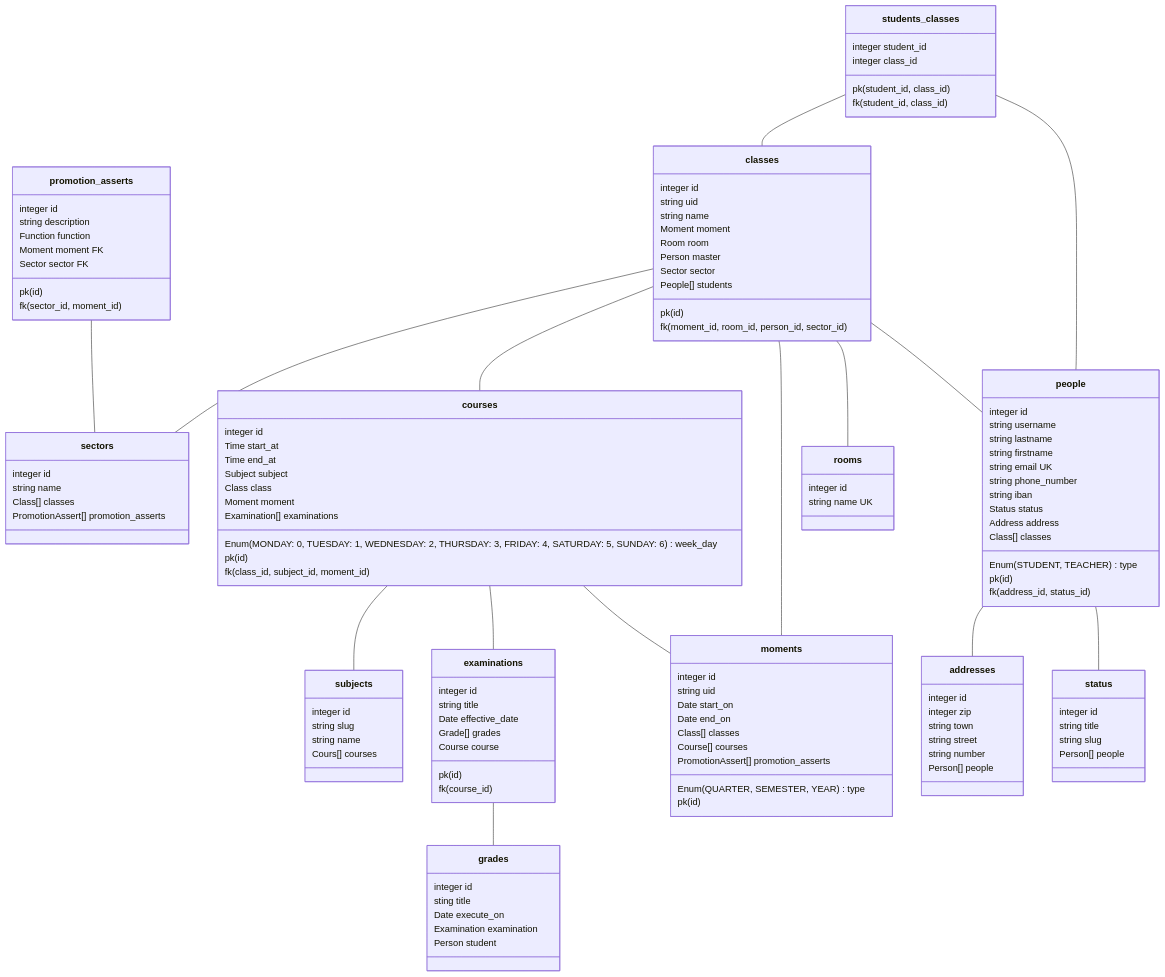
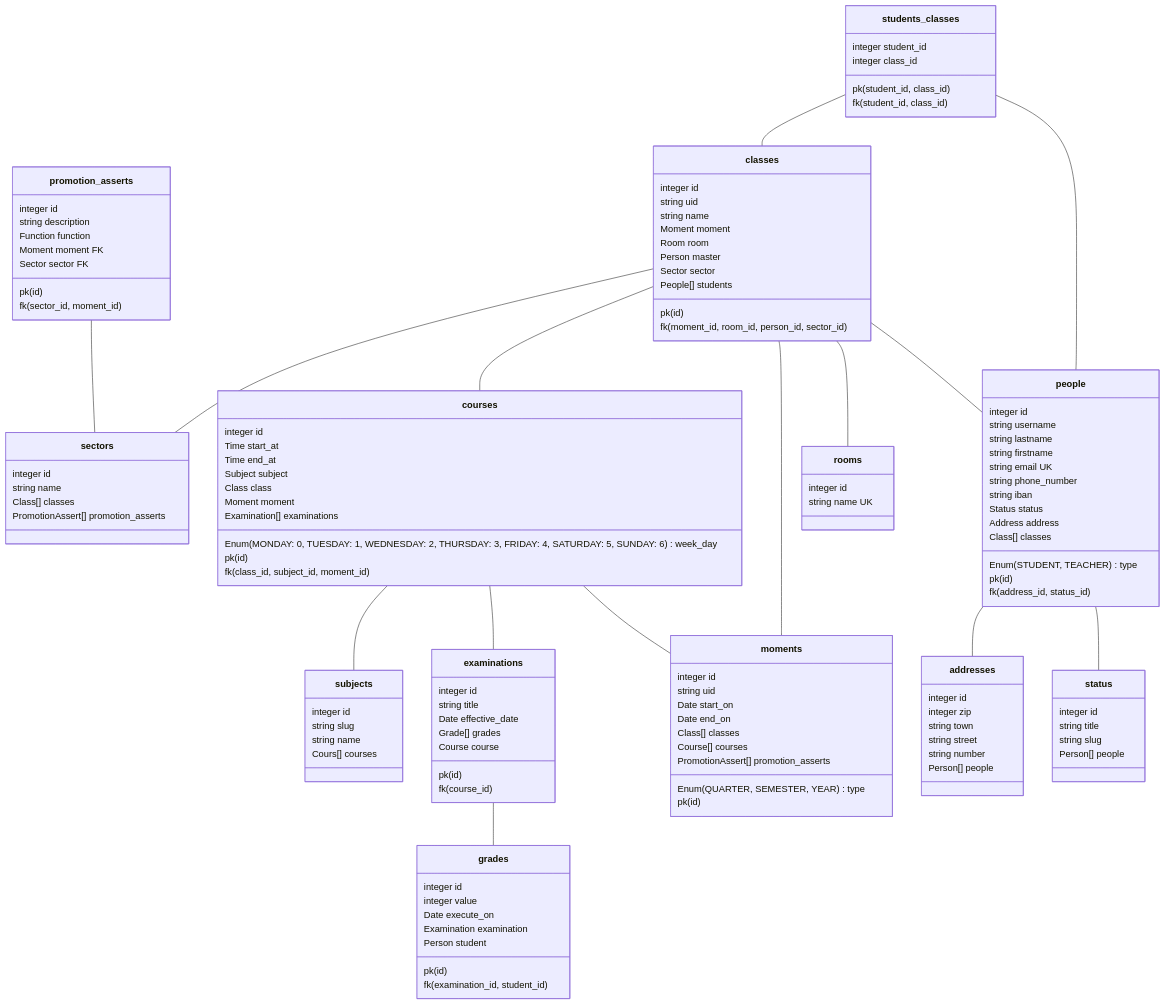
Before and after one commit to drutz-cpnv/slq-gest-es: the diagram in DOC.md, drawn with Mermaid. The commit also changed other lines of this file and 2 other files, not shown here.

```diff
--- a/DOC.md
+++ b/DOC.md
@@ -269,7 +249,6 @@
         string town
         string street
         string number
-
         Person[] people
     }
     class rooms {
@@ -296,7 +275,6 @@
         string email UK
         string phone_number
         string iban
-
         Status status
         Address address
         Class[] classes
@@ -308,13 +286,11 @@
         integer id
         string title
         string slug
-
         Person[] people
     }
     class students_classes {
         integer student_id
         integer class_id
-
         pk(student_id, class_id)
         fk(student_id, class_id)
     }
@@ -329,7 +305,6 @@
         string uid
         Date start_on
         Date end_on
-
         Class[] classes
         Course[] courses
         PromotionAssert[] promotion_asserts
@@ -340,14 +315,12 @@
         integer id
         string slug
         string name
-
         Cours[] courses
     }
     class courses {
         integer id
         Time start_at
         Time end_at
-
         Subject subject
         Class class
         Moment moment
@@ -360,7 +333,6 @@
         integer id
         string title
         Date effective_date
-
         Grade[] grades
         Course course
         pk(id)
@@ -368,17 +340,17 @@
     }
     class grades {
         integer id
-        sting title
+        integer value
         Date execute_on
-
         Examination examination
         Person student
+        pk(id)
+        fk(examination_id, student_id)
     }
     class promotion_asserts {
         integer id
         string description
         Function function
-
         Moment moment FK
         Sector sector FK
         pk(id)
```
